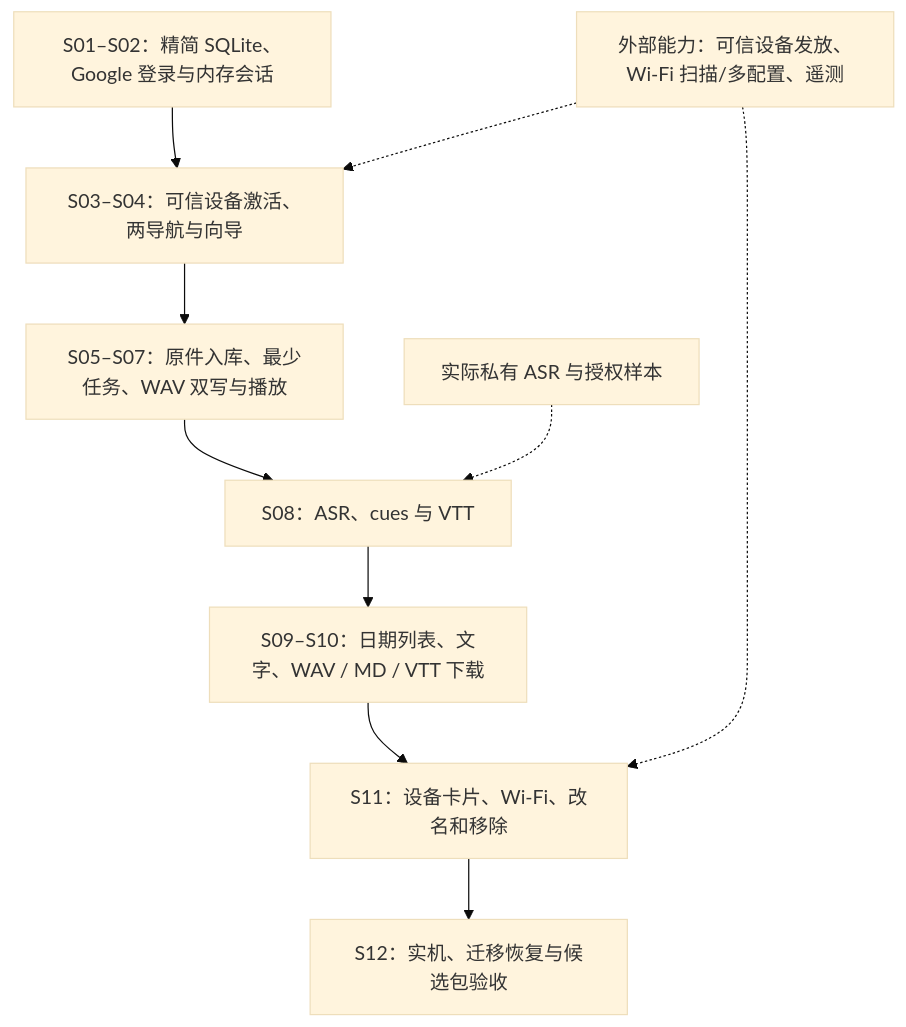
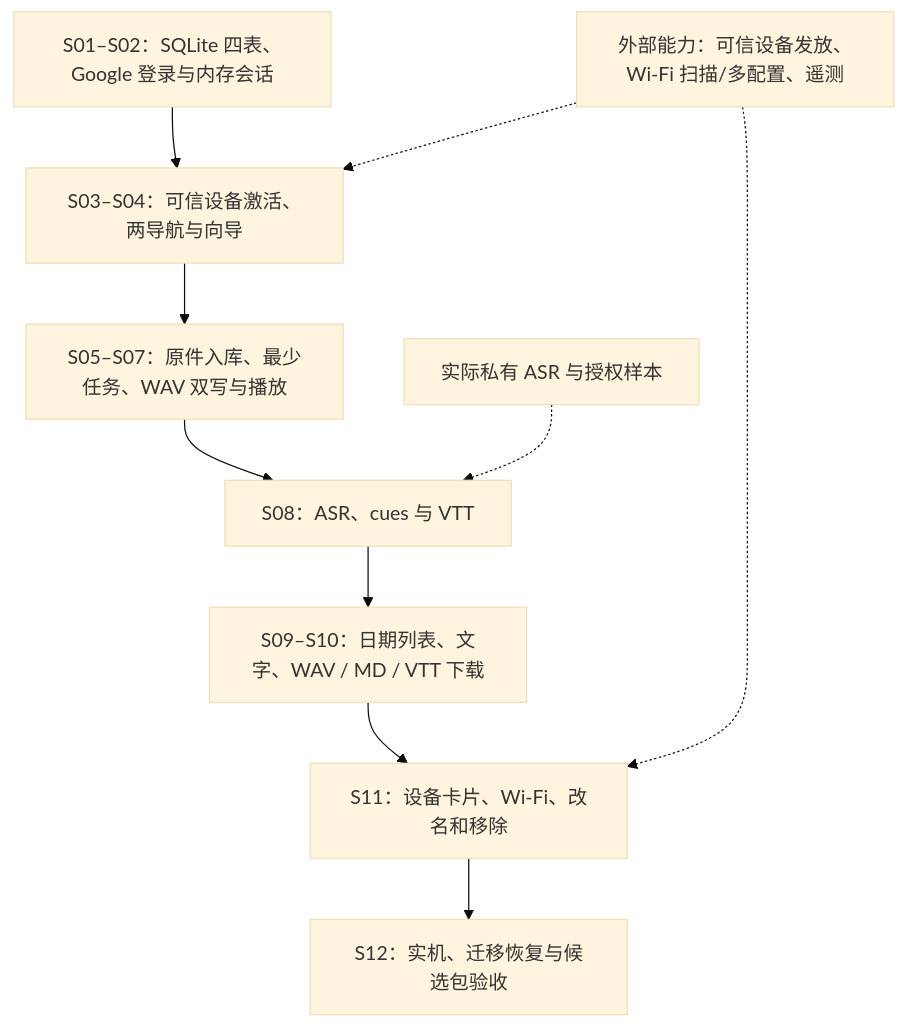
One commit to boboliu-1010/speaker changed the diagram in docs/assets/diagrams/12-implementation-order.mmd. Above: the diagram before and after it, drawn with Mermaid (base theme). The commit also changed 21 other files, not shown here.

```diff
--- a/docs/assets/diagrams/12-implementation-order.mmd
+++ b/docs/assets/diagrams/12-implementation-order.mmd
@@ -1,10 +1,10 @@
 flowchart TB
-    A["S01–S02：精简 SQLite、Google 登录与内存会话"] --> B["S03–S04：可信设备激活、两导航与向导"]
+    A["S01–S02：SQLite 四表、Google 登录与内存会话"] --> B["S03–S04：可信设备激活、两导航与向导"]
     B --> C["S05–S07：原件入库、最少任务、WAV 双写与播放"]
     C --> D["S08：ASR、cues 与 VTT"]
     D --> E["S09–S10：日期列表、文字、WAV / MD / VTT 下载"]
     E --> F["S11：设备卡片、Wi-Fi、改名和移除"]
     F --> G["S12：实机、迁移恢复与候选包验收"]
     Device["外部能力：可信设备发放、Wi-Fi 扫描/多配置、遥测"] -.-> B
     Device -.-> F
     Provider["实际私有 ASR 与授权样本"] -.-> D
```
